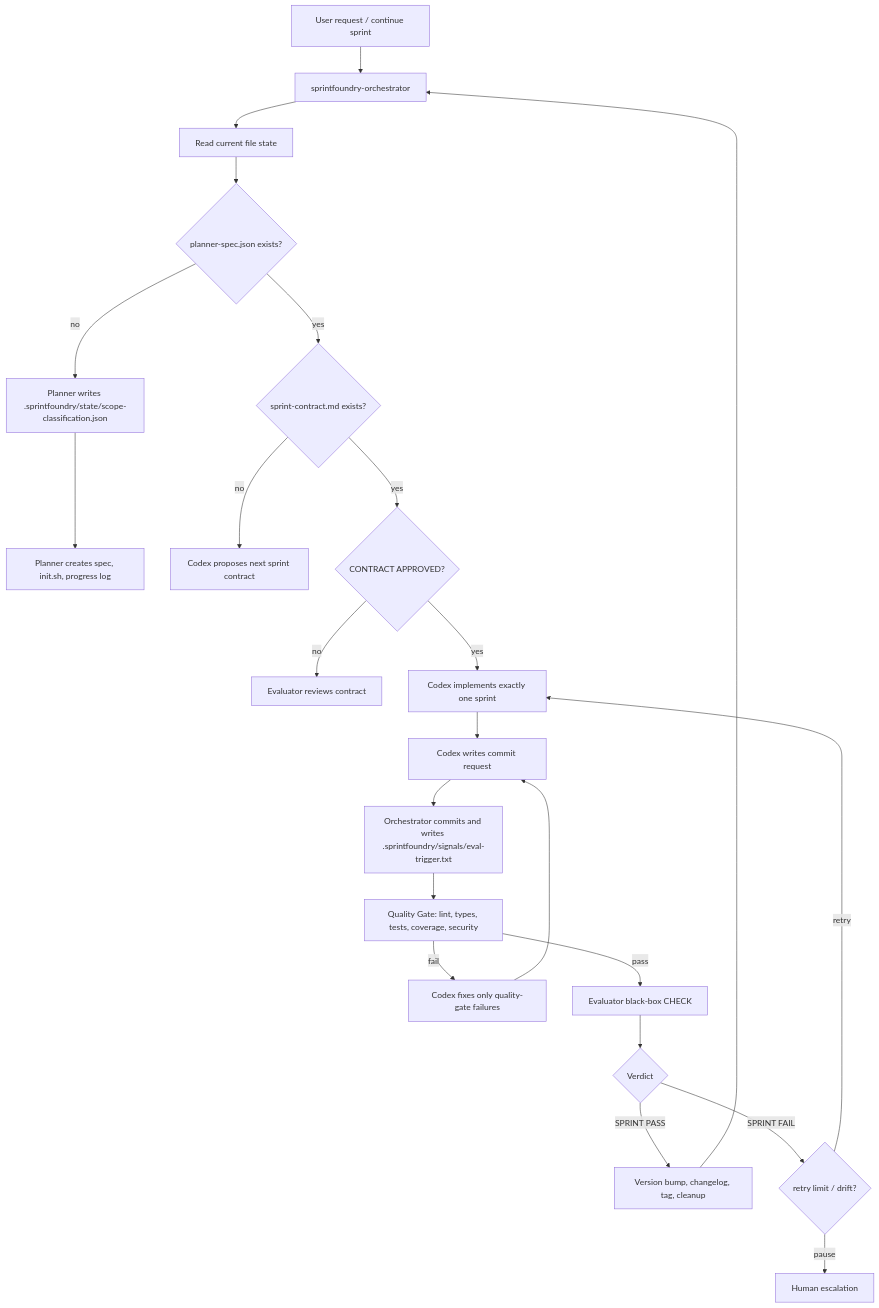
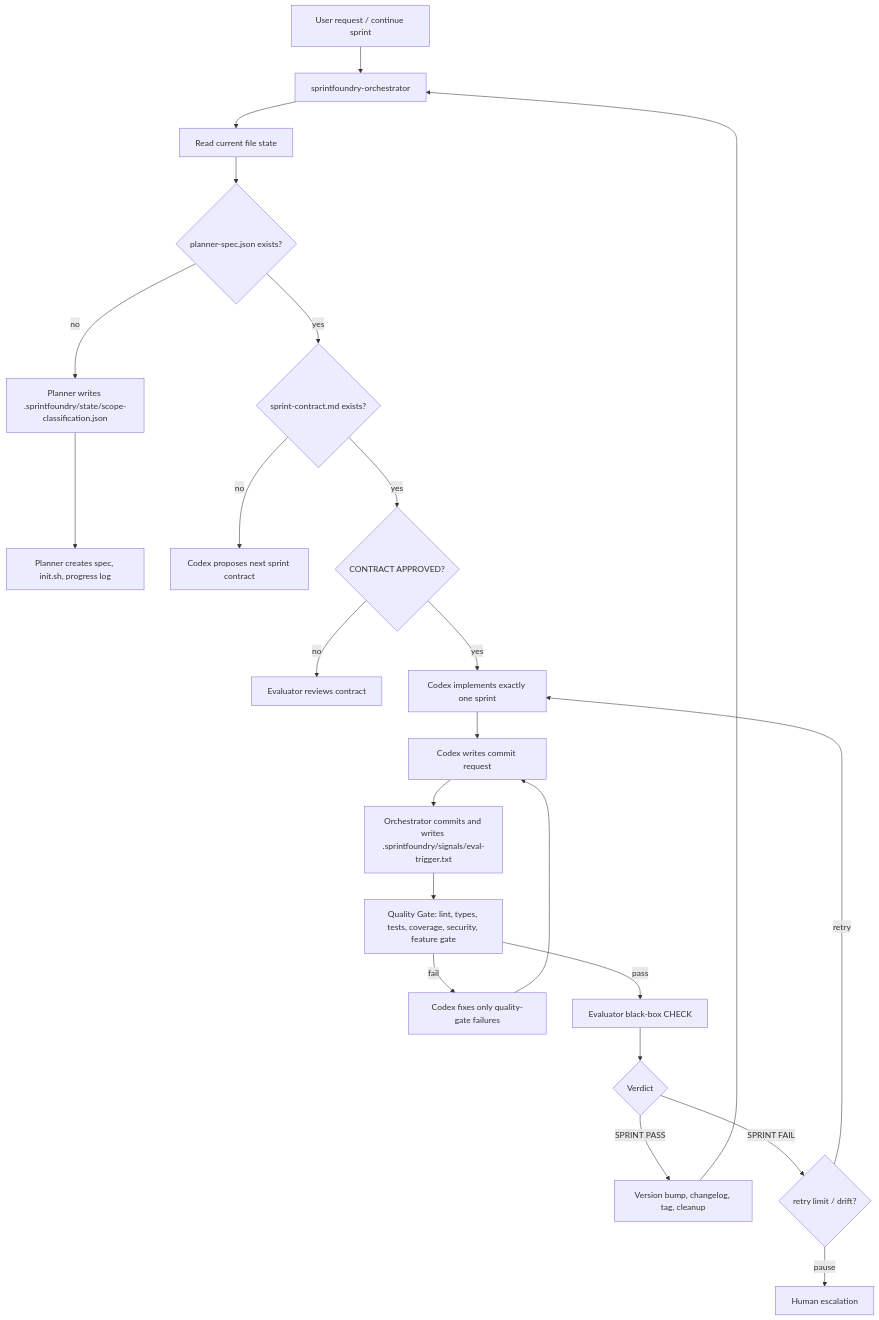
Before and after one commit to YuSec2021/sprintfoundry: the diagram in README.md, drawn with Mermaid. The commit also changed other lines of this file and 1 other file, not shown here.

````diff
--- a/README.md
+++ b/README.md
@@ -80,25 +81,25 @@
 ```mermaid
 flowchart TD
     A["User request / continue sprint"] --> O["sprintfoundry-orchestrator"]
     O --> S["Read current file state"]
     S --> P{"planner-spec.json exists?"}
     P -- no --> SC["Planner writes .sprintfoundry/state/scope-classification.json"]
     SC --> PL["Planner creates spec, init.sh, progress log"]
     P -- yes --> C{"sprint-contract.md exists?"}
     C -- no --> NC["Codex proposes next sprint contract"]
     C -- yes --> A1{"CONTRACT APPROVED?"}
     A1 -- no --> CR["Evaluator reviews contract"]
     A1 -- yes --> G["Codex implements exactly one sprint"]
     G --> RQ["Codex writes commit request"]
     RQ --> T["Orchestrator commits and writes .sprintfoundry/signals/eval-trigger.txt"]
-    T --> Q["Quality Gate: lint, types, tests, coverage, security"]
+    T --> Q["Quality Gate: lint, types, tests, coverage, security, feature gate"]
     Q -- fail --> QF["Codex fixes only quality-gate failures"]
     QF --> RQ
     Q -- pass --> E["Evaluator black-box CHECK"]
     E --> R{"Verdict"}
     R -- "SPRINT PASS" --> V["Version bump, changelog, tag, cleanup"]
     R -- "SPRINT FAIL" --> F{"retry limit / drift?"}
     F -- retry --> G
     F -- pause --> H["Human escalation"]
     V --> O
 ```
````
